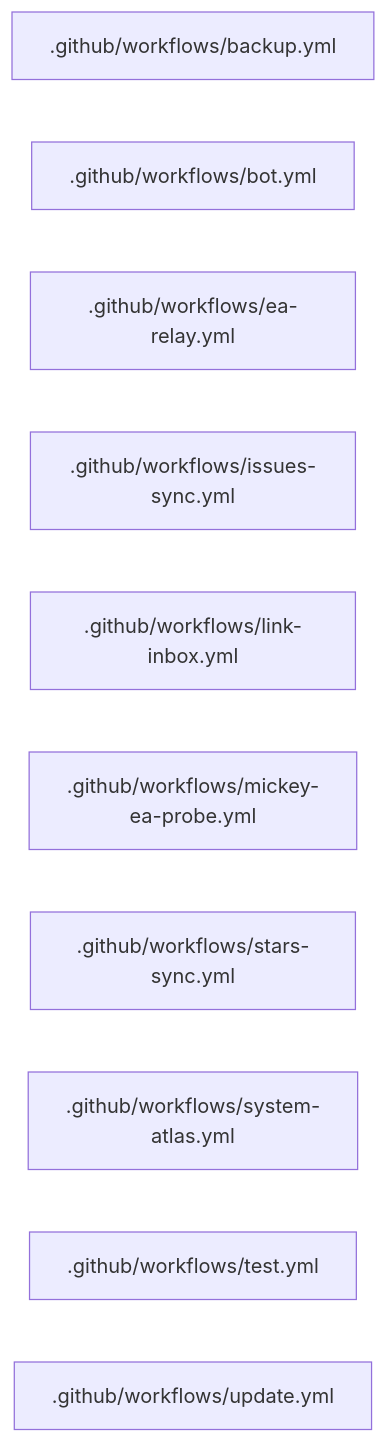
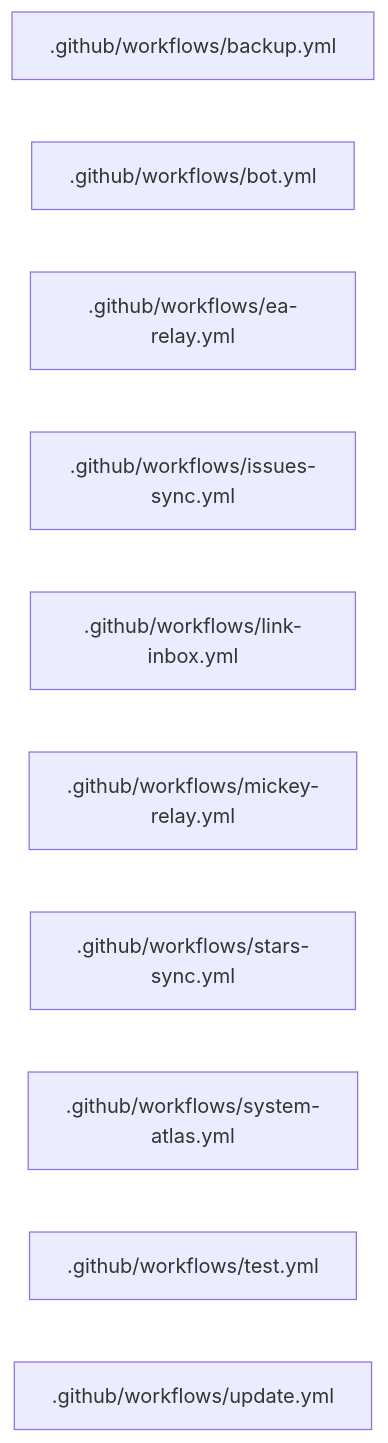
Before and after one commit to devroadtosucces15-boop/Norex-United-FC: the diagram in PLANNING/system-atlas/layer-github.md, drawn with Mermaid. The commit also changed 3 other files, not shown here.

````diff
--- a/PLANNING/system-atlas/layer-github.md
+++ b/PLANNING/system-atlas/layer-github.md
@@ -5,13 +5,13 @@
 ```mermaid
 flowchart LR
   n0[".github/workflows/backup.yml"]
   n1[".github/workflows/bot.yml"]
   n2[".github/workflows/ea-relay.yml"]
   n3[".github/workflows/issues-sync.yml"]
   n4[".github/workflows/link-inbox.yml"]
-  n5[".github/workflows/mickey-ea-probe.yml"]
+  n5[".github/workflows/mickey-relay.yml"]
   n6[".github/workflows/stars-sync.yml"]
   n7[".github/workflows/system-atlas.yml"]
   n8[".github/workflows/test.yml"]
   n9[".github/workflows/update.yml"]
 ```
````
